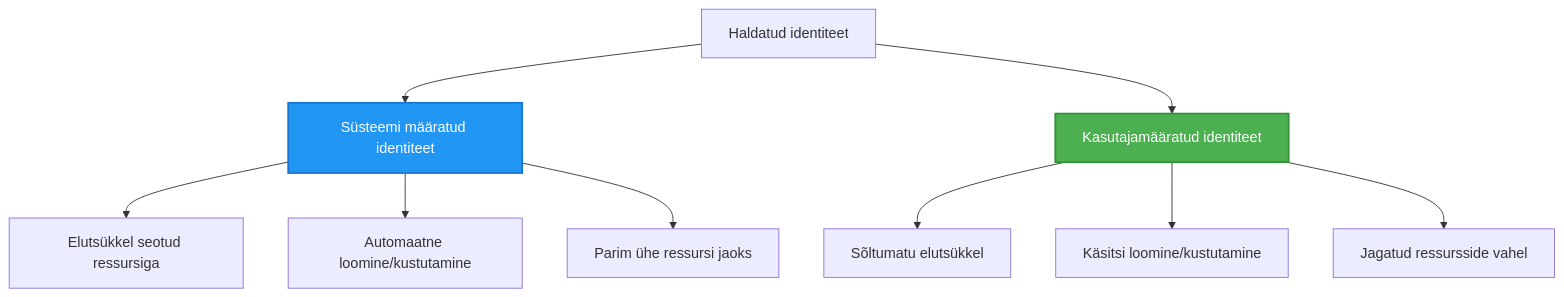
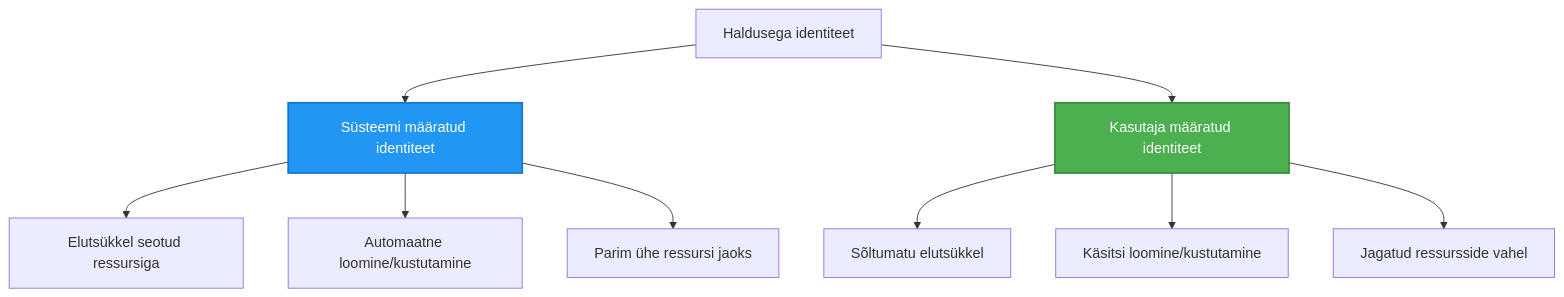
One commit to microsoft/AZD-for-beginners changed the second of 2 diagrams in translations/et/docs/chapter-03-configuration/authsecurity.md. Above: the diagram before and after it, drawn with Mermaid. The commit also changed other lines of this file and 104 other files, not shown here.

````diff
--- a/translations/et/docs/chapter-03-configuration/authsecurity.md
+++ b/translations/et/docs/chapter-03-configuration/authsecurity.md
@@ -97,20 +98,20 @@
 ```mermaid
 graph TB
-    MI[Haldatud identiteet]
+    MI[Haldusega identiteet]
     SystemAssigned[Süsteemi määratud identiteet]
-    UserAssigned[Kasutajamääratud identiteet]
+    UserAssigned[Kasutaja määratud identiteet]
     
     MI --> SystemAssigned
     MI --> UserAssigned
     
     SystemAssigned --> SA1[Elutsükkel seotud ressursiga]
     SystemAssigned --> SA2[Automaatne loomine/kustutamine]
     SystemAssigned --> SA3[Parim ühe ressursi jaoks]
     
     UserAssigned --> UA1[Sõltumatu elutsükkel]
     UserAssigned --> UA2[Käsitsi loomine/kustutamine]
     UserAssigned --> UA3[Jagatud ressursside vahel]
     
     style SystemAssigned fill:#2196F3,stroke:#1976D2,stroke-width:2px,color:#fff
     style UserAssigned fill:#4CAF50,stroke:#388E3C,stroke-width:2px,color:#fff
 ```
````
